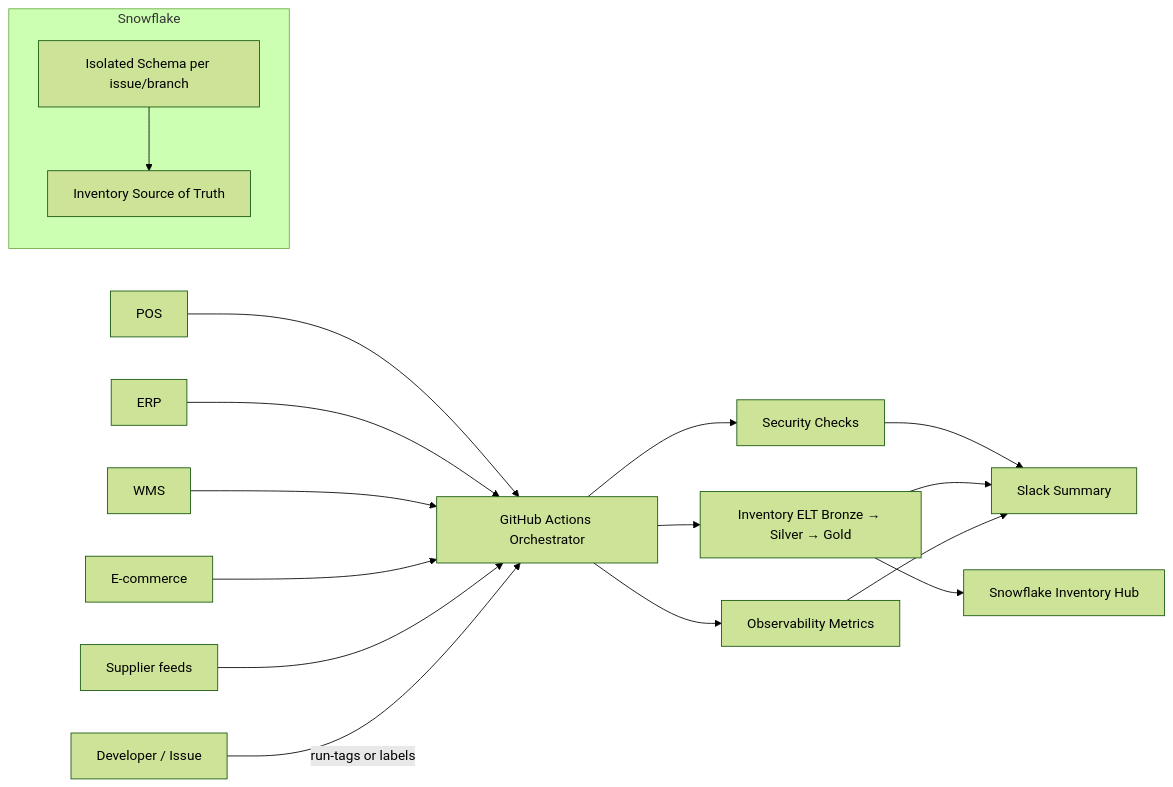
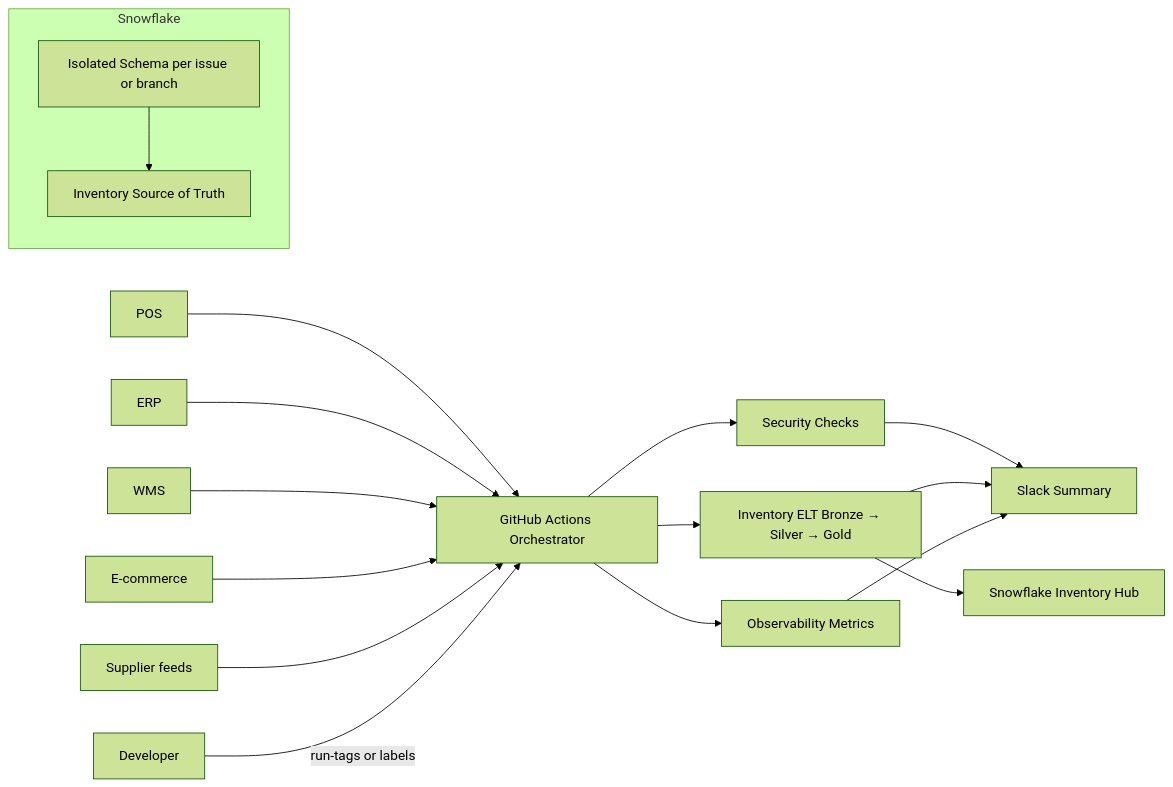
One commit to org-runink/DataOps_Lab changed the first of 2 diagrams in README.md. Above: the diagram before and after it, drawn with Mermaid (forest theme). The commit also changed other lines of this file and 4 other files, not shown here.

````diff
--- a/README.md
+++ b/README.md
@@ -38,21 +33,21 @@
 ```mermaid
 flowchart LR
     POS[POS] --> GH[GitHub Actions Orchestrator]
     ERP[ERP] --> GH
     WMS[WMS] --> GH
     ECOM[E-commerce] --> GH
     SUP[Supplier feeds] --> GH
-    Dev[Developer / Issue] -->|run-tags or labels| GH
+    DEV[Developer] -->|run-tags or labels| GH
     GH --> SEC[Security Checks]
     GH --> ELT[Inventory ELT Bronze → Silver → Gold]
     GH --> OBS[Observability Metrics]
     ELT --> SNF[Snowflake Inventory Hub]
     SEC --> SLK[Slack Summary]
     ELT --> SLK
     OBS --> SLK
     subgraph Snowflake
-      SCH[Isolated Schema per issue/branch]
+      SCH[Isolated Schema per issue or branch]
       HUB[Inventory Source of Truth]
       SCH --> HUB
     end
 ```
````
